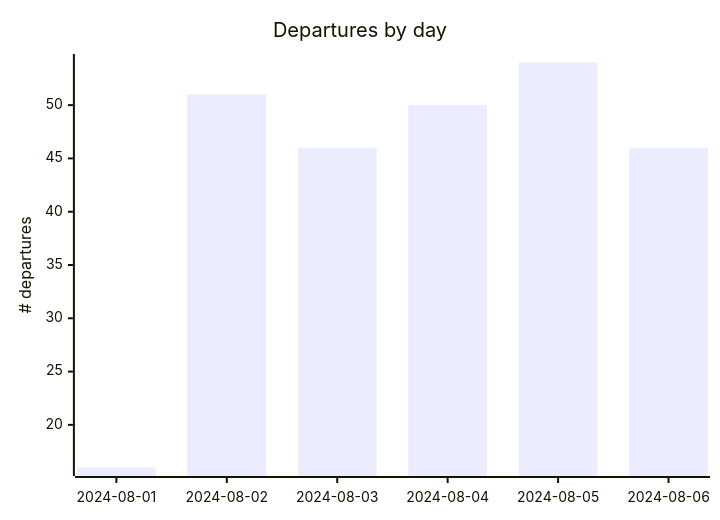
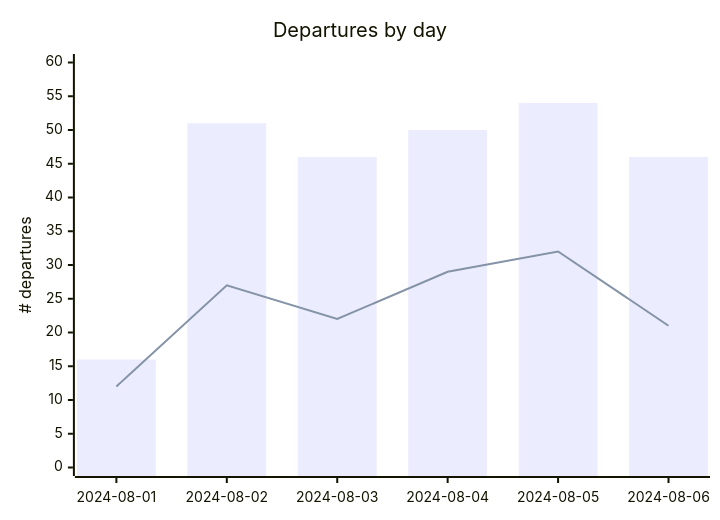
One commit to rainermesi/tll-airport-departures changed the first of 2 diagrams in README.md. Above: the diagram before and after it, drawn with Mermaid. The commit also changed other lines of this file, not shown here.

````diff
--- a/README.md
+++ b/README.md
@@ -7,7 +9,8 @@
 ```mermaid
 xychart-beta
     title "Departures by day"
     x-axis ["2024-08-01", "2024-08-02", "2024-08-03", "2024-08-04", "2024-08-05", "2024-08-06"]
-    y-axis "# departures"
+    y-axis "# departures" 0 --> 60
     bar [16, 51, 46, 50, 54, 46]
+    line [12, 27, 22, 29, 32, 21]
 ```
````
